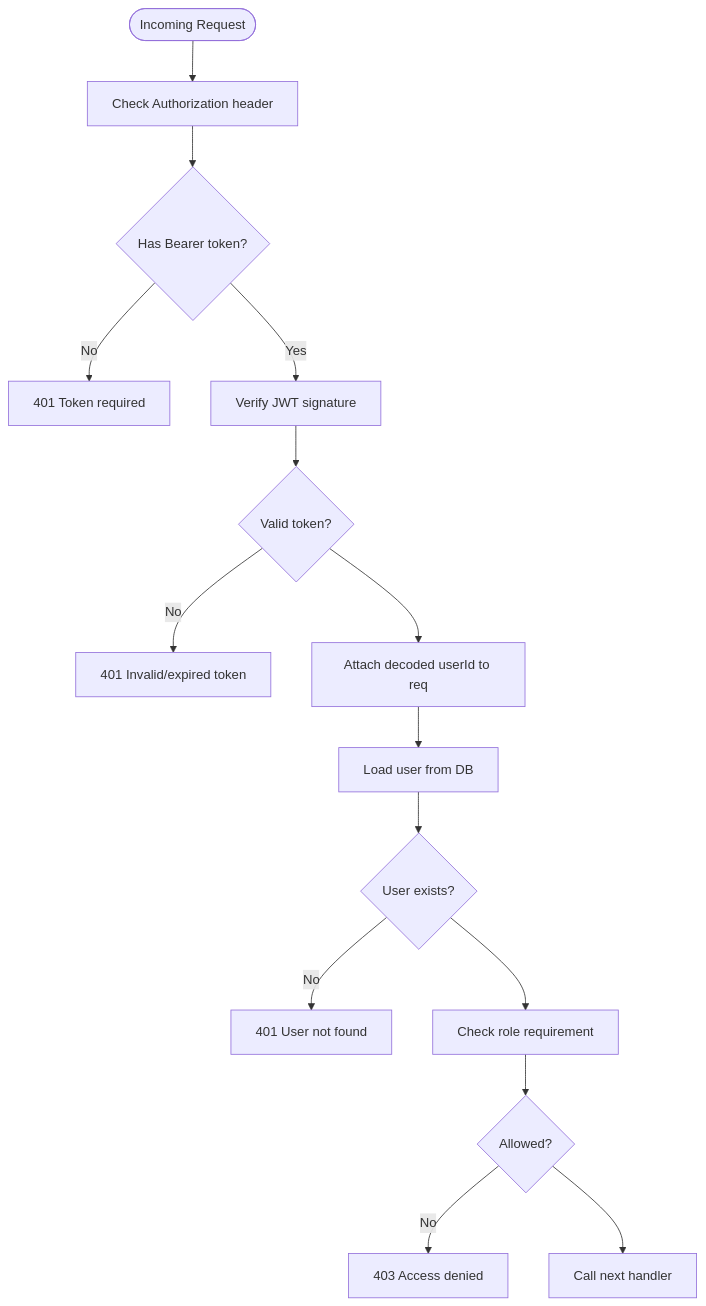
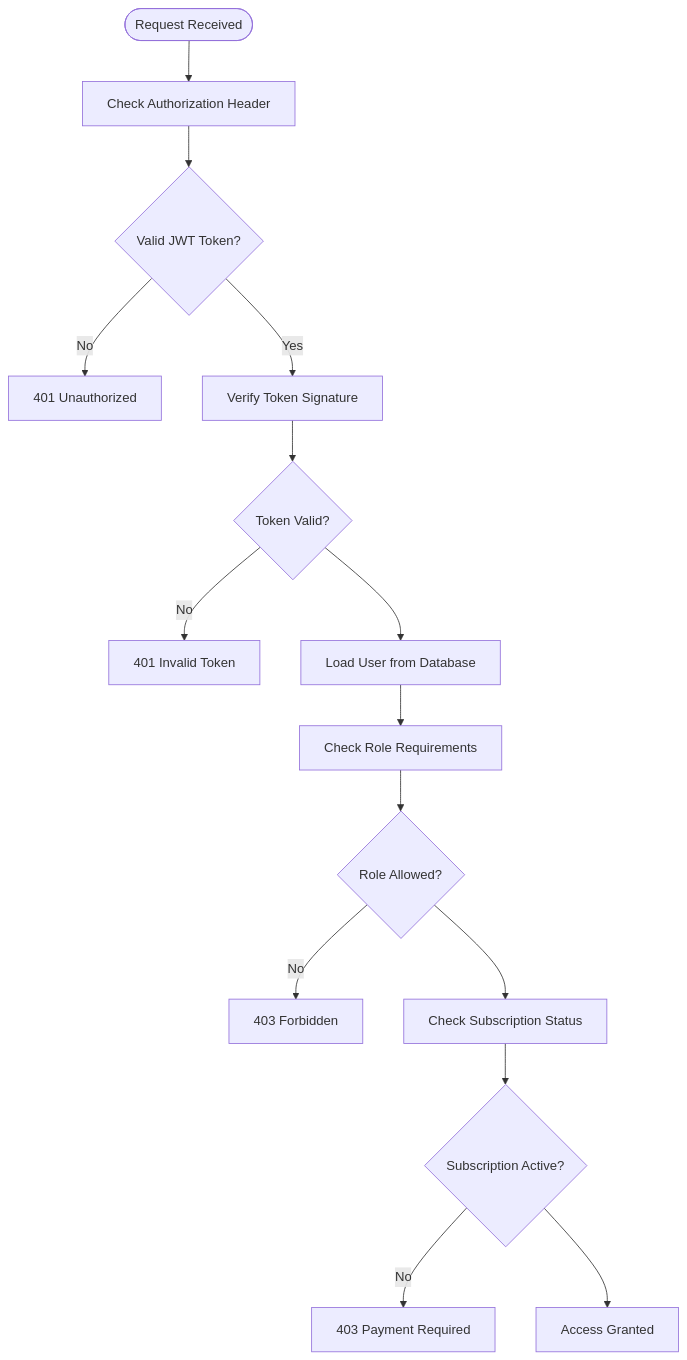
One commit to Alexandrexicara/craque-vision changed the fourth of 9 diagrams in .qoder/repowiki/en/content/Backend API Documentation/Video Management.md. Above: the diagram before and after it, drawn with Mermaid. The commit also changed other lines of this file and 10 other files, not shown here.

````diff
--- a/.qoder/repowiki/en/content/Backend API Documentation/Video Management.md
+++ b/.qoder/repowiki/en/content/Backend API Documentation/Video Management.md
@@ -160,17 +253,17 @@
 ```mermaid
 flowchart TD
-Start(["Incoming Request"]) --> CheckAuth["Check Authorization header"]
-CheckAuth --> HasToken{"Has Bearer token?"}
-HasToken --> |No| Return401["401 Token required"]
-HasToken --> |Yes| Verify["Verify JWT signature"]
-Verify --> Valid{"Valid token?"}
-Valid --> |No| Return401b["401 Invalid/expired token"]
-Valid --> Attach["Attach decoded userId to req"]
-Attach --> LoadUser["Load user from DB"]
-LoadUser --> Found{"User exists?"}
-Found --> |No| Return401c["401 User not found"]
-Found --> CheckRole["Check role requirement"]
-CheckRole --> Allowed{"Allowed?"}
-Allowed --> |No| Return403["403 Access denied"]
-Allowed --> Next["Call next handler"]
+Start(["Request Received"]) --> CheckAuth["Check Authorization Header"]
+CheckAuth --> HasToken{"Valid JWT Token?"}
+HasToken --> |No| Return401["401 Unauthorized"]
+HasToken --> |Yes| Verify["Verify Token Signature"]
+Verify --> Valid{"Token Valid?"}
+Valid --> |No| Return401b["401 Invalid Token"]
+Valid --> LoadUser["Load User from Database"]
+LoadUser --> CheckRole["Check Role Requirements"]
+CheckRole --> RoleAllowed{"Role Allowed?"}
+RoleAllowed --> |No| Return403["403 Forbidden"]
+RoleAllowed --> CheckSub["Check Subscription Status"]
+CheckSub --> SubAllowed{"Subscription Active?"}
+SubAllowed --> |No| Return403b["403 Payment Required"]
+SubAllowed --> Next["Access Granted"]
 ```
````
